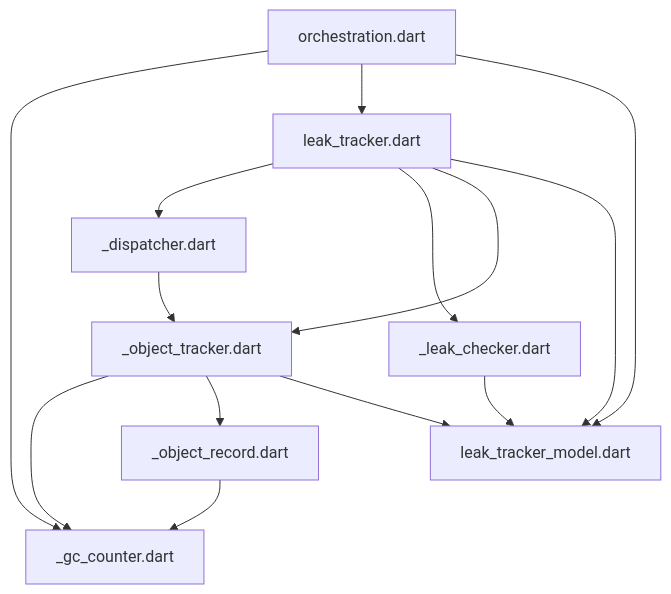
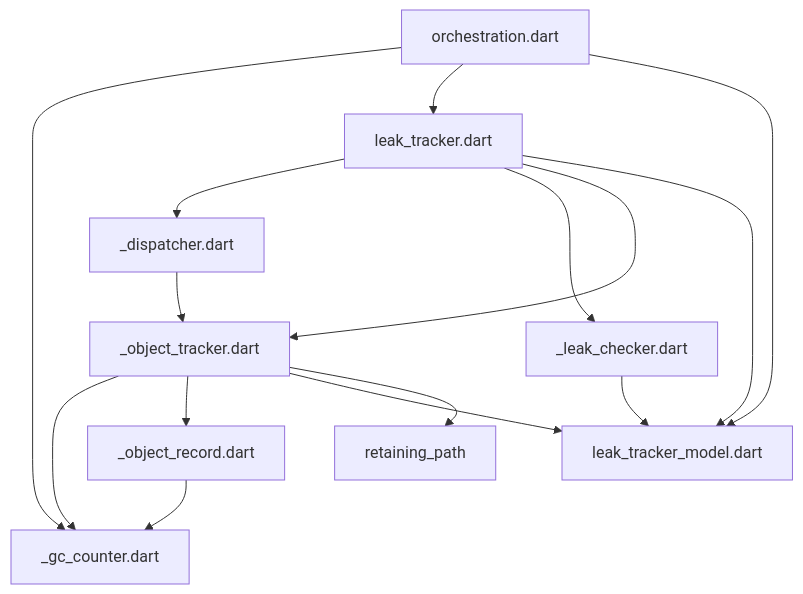
The diagram in lib/src/leak_tracking/DEPENDENCIES.md (dart-lang/leak_tracker), drawn with Mermaid before and after one commit. The commit also changed 22 other files, not shown here.

Commit message:
Collect retaining path. (#63)

````diff
--- a/lib/src/leak_tracking/DEPENDENCIES.md
+++ b/lib/src/leak_tracking/DEPENDENCIES.md
@@ -6,16 +6,17 @@
 ```mermaid
 flowchart TD;
 _dispatcher.dart-->_object_tracker.dart;
 _leak_checker.dart-->leak_tracker_model.dart;
 _object_record.dart-->_gc_counter.dart;
 _object_tracker.dart-->_gc_counter.dart;
 _object_tracker.dart-->_object_record.dart;
 _object_tracker.dart-->leak_tracker_model.dart;
+_object_tracker.dart-->retaining_path;
 leak_tracker.dart-->_dispatcher.dart;
 leak_tracker.dart-->_leak_checker.dart;
 leak_tracker.dart-->_object_tracker.dart;
 leak_tracker.dart-->leak_tracker_model.dart;
 orchestration.dart-->_gc_counter.dart;
 orchestration.dart-->leak_tracker.dart;
 orchestration.dart-->leak_tracker_model.dart;
 ```
````
